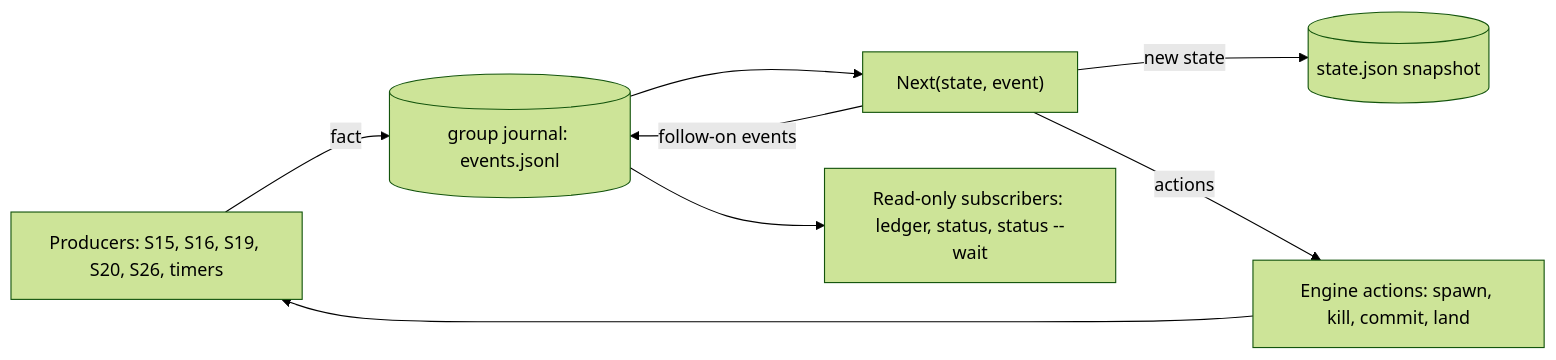
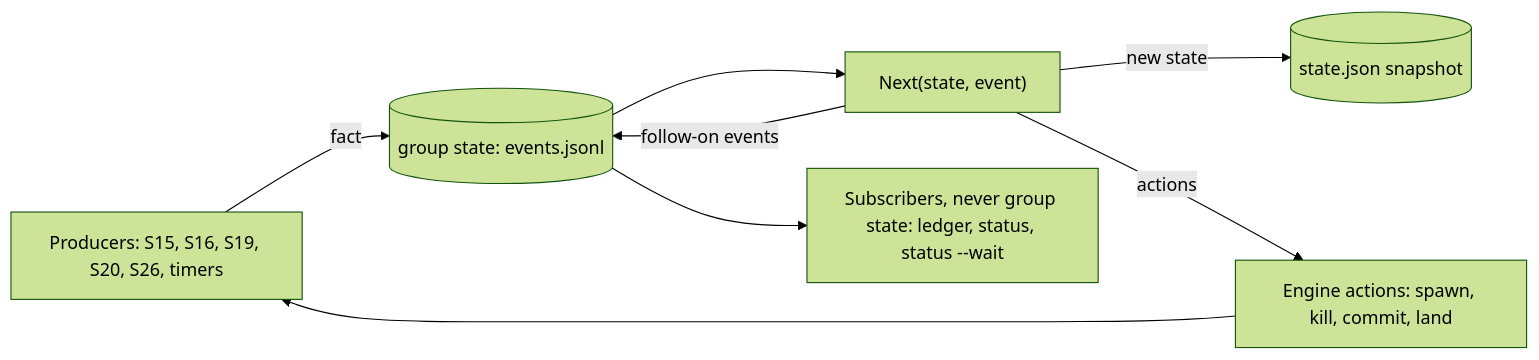
One commit to rdevitto86/komodo-agentic-harness-coding changed the first of 5 diagrams in PLAN.md. Above: the diagram before and after it, drawn with Mermaid (forest theme). The commit also changed other lines of this file and 3 other files, not shown here.

First line of the commit message:
design: S29 state manager and group state as a core pillar; journal renamed to state

````diff
--- a/PLAN.md
+++ b/PLAN.md
@@ -127,10 +129,10 @@
 ```mermaid
 flowchart LR
-  P["Producers: S15, S16, S19, S20, S26, timers"] -->|fact| J[("group journal: events.jsonl")]
+  P["Producers: S15, S16, S19, S20, S26, timers"] -->|fact| J[("group state: events.jsonl")]
   J --> N["Next(state, event)"]
   N -->|new state| S[("state.json snapshot")]
   N -->|follow-on events| J
   N -->|actions| A["Engine actions: spawn, kill, commit, land"]
   A --> P
-  J --> R["Read-only subscribers: ledger, status, status --wait"]
+  J --> R["Subscribers, never group state: ledger, status, status --wait"]
 ```
````
